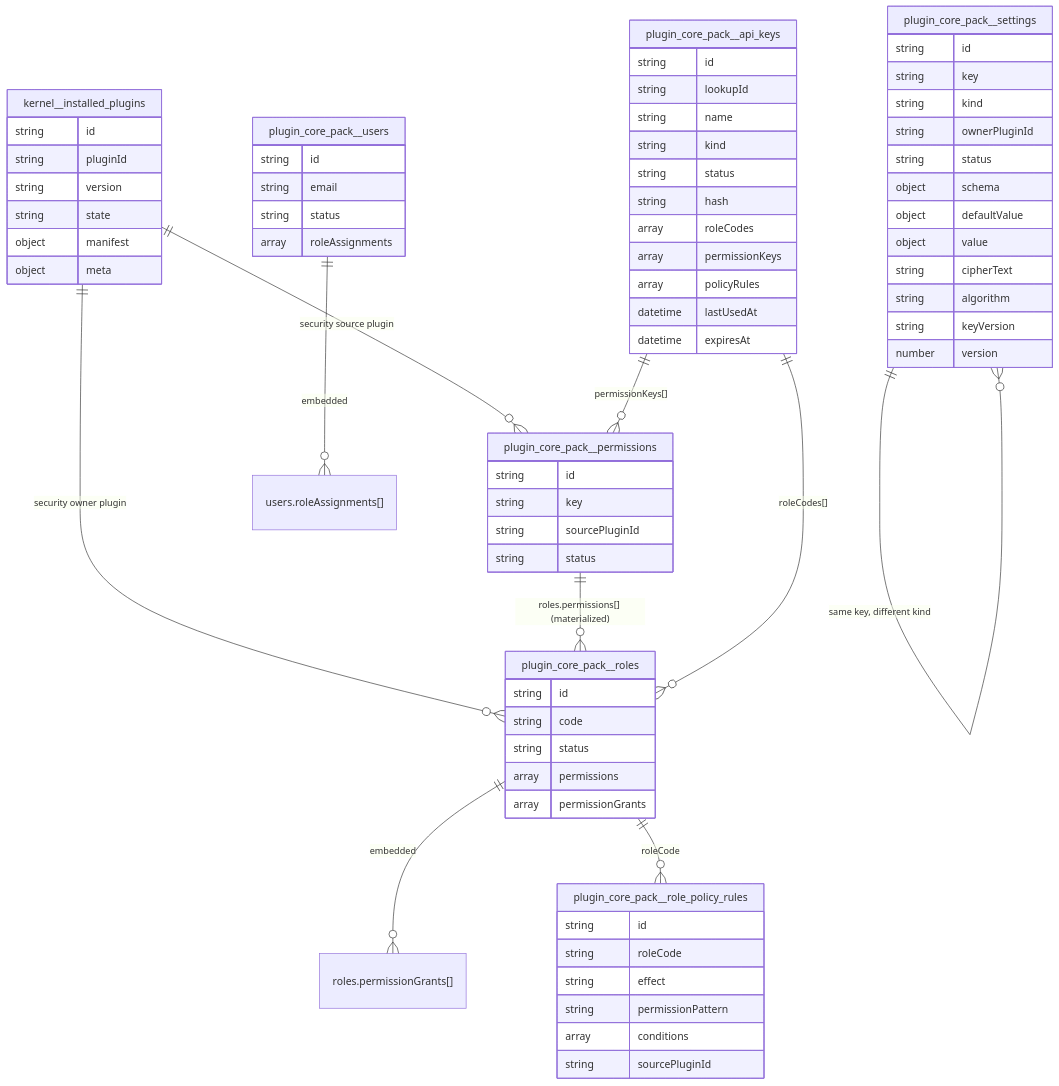
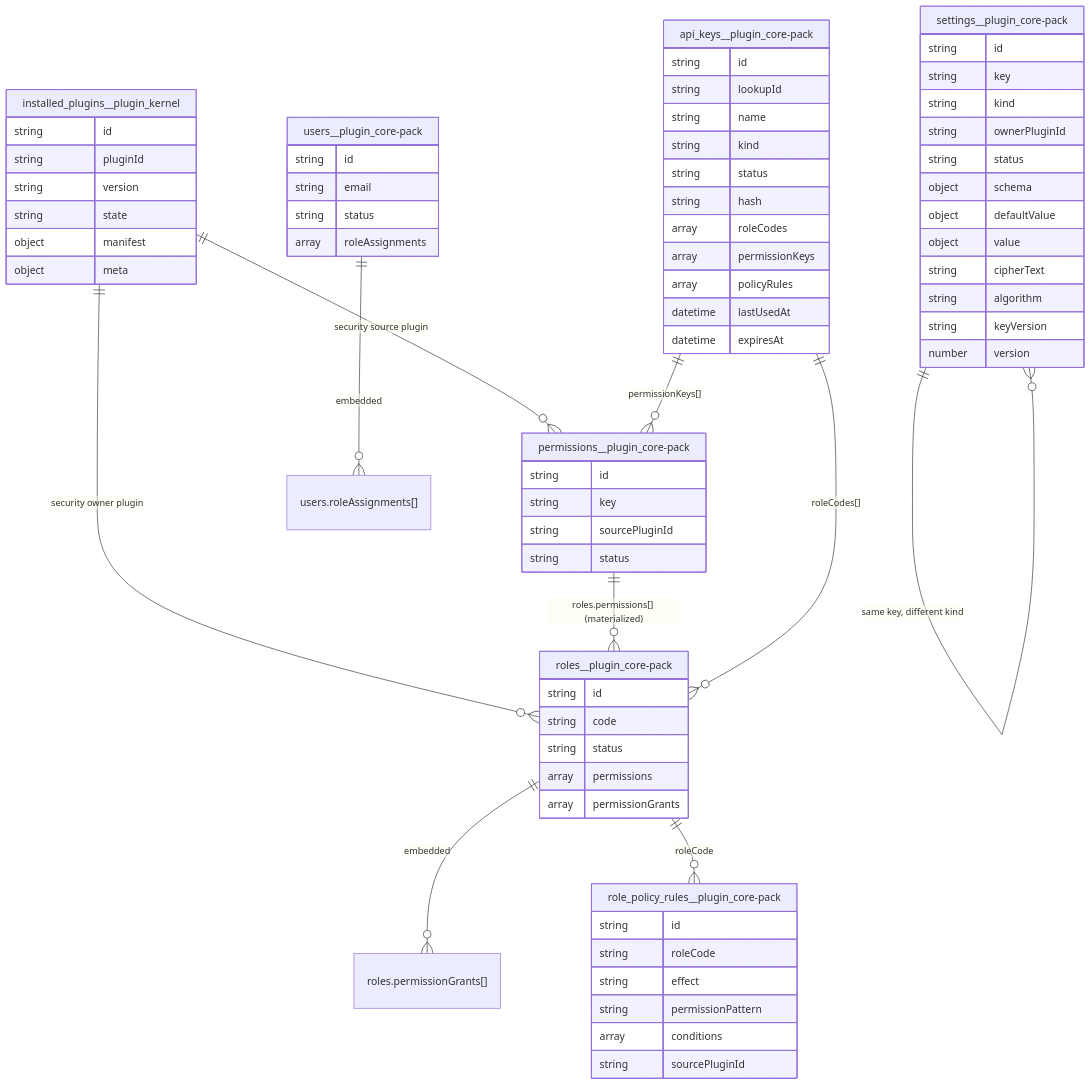
Before and after one commit to tascaenzo/trinacria-cms: the diagram in docs/cms/en/0004-persistence-mongo-and-entity.md, drawn with Mermaid. The commit also changed other lines of this file and 36 other files, not shown here.

````diff
--- a/docs/cms/en/0004-persistence-mongo-and-entity.md
+++ b/docs/cms/en/0004-persistence-mongo-and-entity.md
@@ -127,81 +128,81 @@
 ```mermaid
 erDiagram
-  "kernel__installed_plugins" ||--o{ "plugin_core_pack__permissions" : "security source plugin"
-  "kernel__installed_plugins" ||--o{ "plugin_core_pack__roles" : "security owner plugin"
-  "plugin_core_pack__users" ||--o{ "users.roleAssignments[]" : "embedded"
-  "plugin_core_pack__roles" ||--o{ "roles.permissionGrants[]" : "embedded"
-  "plugin_core_pack__roles" ||--o{ "plugin_core_pack__role_policy_rules" : "roleCode"
-  "plugin_core_pack__permissions" ||--o{ "plugin_core_pack__roles" : "roles.permissions[] (materialized)"
-  "plugin_core_pack__api_keys" ||--o{ "plugin_core_pack__roles" : "roleCodes[]"
-  "plugin_core_pack__api_keys" ||--o{ "plugin_core_pack__permissions" : "permissionKeys[]"
-  "plugin_core_pack__settings" ||--o{ "plugin_core_pack__settings" : "same key, different kind"
+  "installed_plugins__plugin_kernel" ||--o{ "permissions__plugin_core-pack" : "security source plugin"
+  "installed_plugins__plugin_kernel" ||--o{ "roles__plugin_core-pack" : "security owner plugin"
+  "users__plugin_core-pack" ||--o{ "users.roleAssignments[]" : "embedded"
+  "roles__plugin_core-pack" ||--o{ "roles.permissionGrants[]" : "embedded"
+  "roles__plugin_core-pack" ||--o{ "role_policy_rules__plugin_core-pack" : "roleCode"
+  "permissions__plugin_core-pack" ||--o{ "roles__plugin_core-pack" : "roles.permissions[] (materialized)"
+  "api_keys__plugin_core-pack" ||--o{ "roles__plugin_core-pack" : "roleCodes[]"
+  "api_keys__plugin_core-pack" ||--o{ "permissions__plugin_core-pack" : "permissionKeys[]"
+  "settings__plugin_core-pack" ||--o{ "settings__plugin_core-pack" : "same key, different kind"
 
-  "kernel__installed_plugins" {
+  "installed_plugins__plugin_kernel" {
     string id
     string pluginId
     string version
     string state
     object manifest
     object meta
   }
 
-  "plugin_core_pack__users" {
+  "users__plugin_core-pack" {
     string id
     string email
     string status
     array roleAssignments
   }
 
-  "plugin_core_pack__roles" {
+  "roles__plugin_core-pack" {
     string id
     string code
     string status
     array permissions
     array permissionGrants
   }
 
-  "plugin_core_pack__permissions" {
+  "permissions__plugin_core-pack" {
     string id
     string key
     string sourcePluginId
     string status
   }
 
-  "plugin_core_pack__role_policy_rules" {
+  "role_policy_rules__plugin_core-pack" {
     string id
     string roleCode
     string effect
     string permissionPattern
     array conditions
     string sourcePluginId
   }
 
-  "plugin_core_pack__api_keys" {
+  "api_keys__plugin_core-pack" {
     string id
     string lookupId
     string name
     string kind
     string status
     string hash
     array roleCodes
     array permissionKeys
     array policyRules
     datetime lastUsedAt
     datetime expiresAt
   }
 
-  "plugin_core_pack__settings" {
+  "settings__plugin_core-pack" {
     string id
     string key
     string kind
     string ownerPluginId
     string status
     object schema
     object defaultValue
     object value
     string cipherText
     string algorithm
     string keyVersion
     number version
   }
 ```
````
